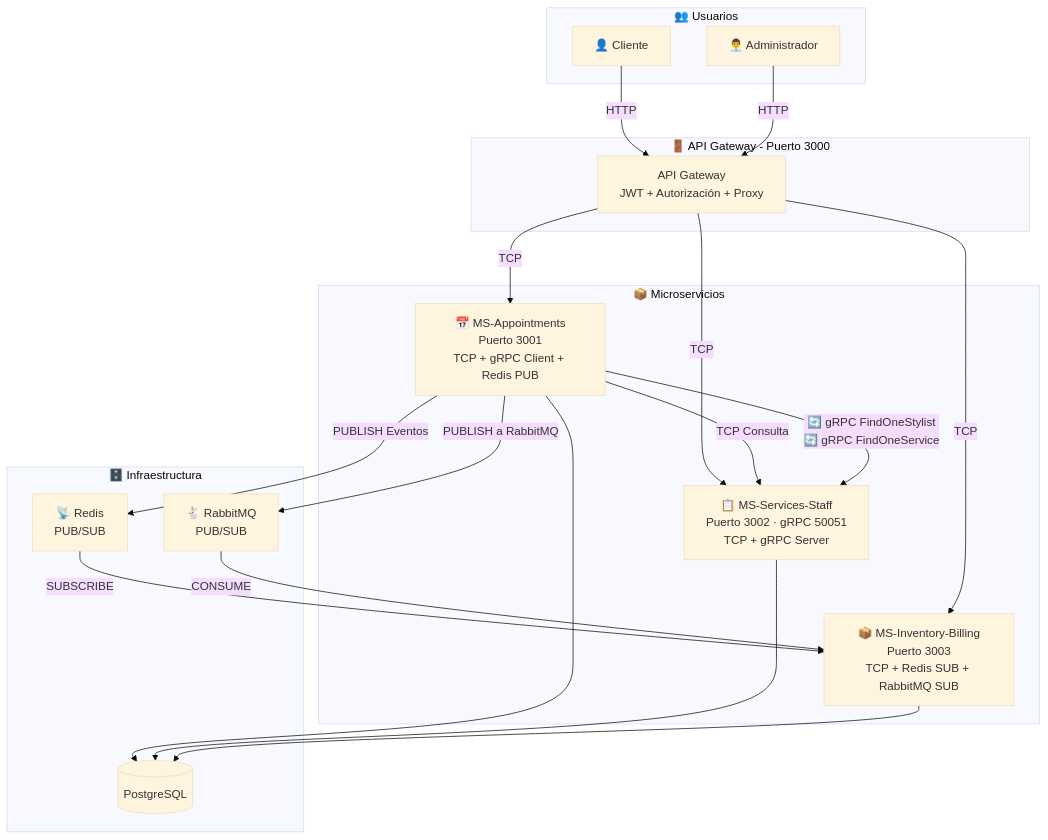
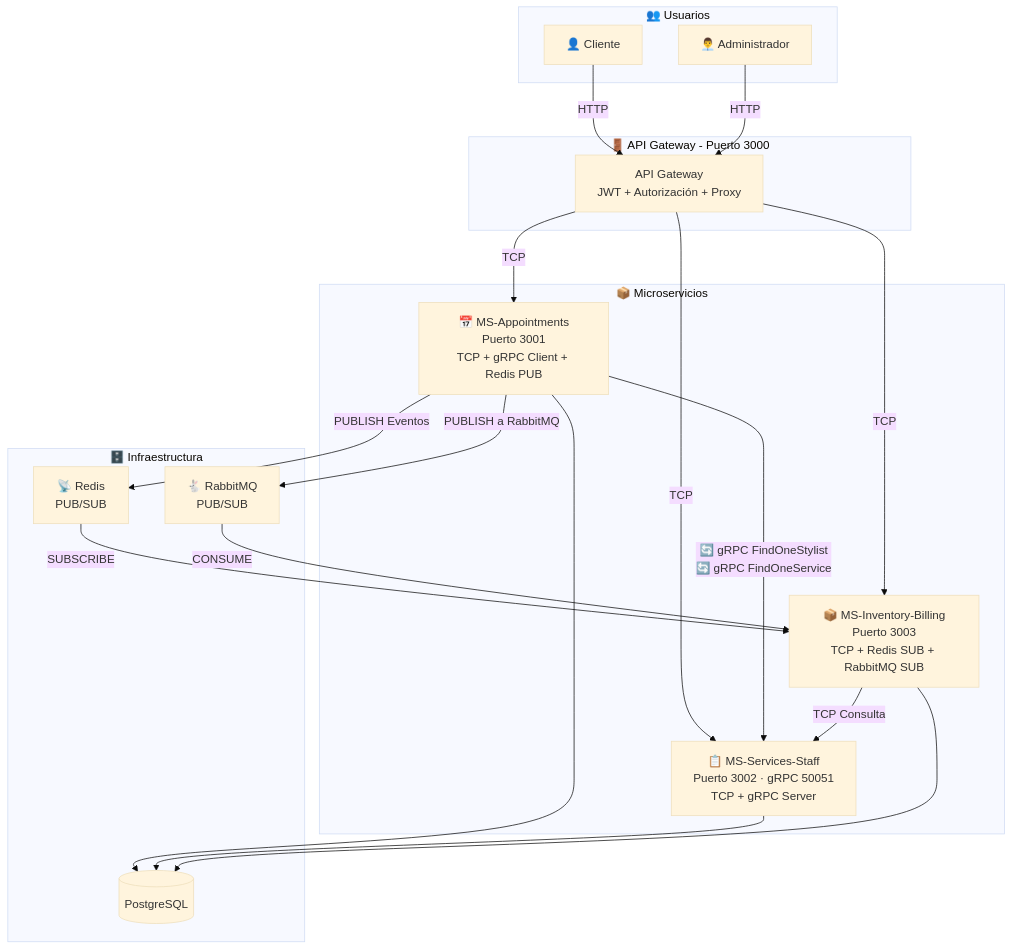
Before and after one commit to AlexDaniel593/barber-flow: the first of 2 diagrams in README.md, drawn with Mermaid (base theme).

Commit message:
docs(readme): update architecture diagram to match actual connections

````diff
--- a/README.md
+++ b/README.md
@@ -115,42 +115,43 @@
 ```mermaid
 graph TB
     subgraph "👥 Usuarios"
         C[👤 Cliente]
         A[👨‍💼 Administrador]
     end
 
     subgraph "🚪 API Gateway - Puerto 3000"
         G[API Gateway<br/>JWT + Autorización + Proxy]
     end
 
     subgraph "📦 Microservicios"
         MS1[📅 MS-Appointments<br/>Puerto 3001<br/>TCP + gRPC Client + Redis PUB]
         MS2[📋 MS-Services-Staff<br/>Puerto 3002 · gRPC 50051<br/>TCP + gRPC Server]
         MS3[📦 MS-Inventory-Billing<br/>Puerto 3003<br/>TCP + Redis SUB + RabbitMQ SUB]
     end
 
     subgraph "🗄️ Infraestructura"
         DB[(PostgreSQL)]
         R[📡 Redis<br/>PUB/SUB]
         MQ[🐇 RabbitMQ<br/>PUB/SUB]
     end
 
     C -->|HTTP| G
     A -->|HTTP| G
     
     G -->|TCP| MS1
     G -->|TCP| MS2
     G -->|TCP| MS3
     
-    MS1 -->|TCP Consulta| MS2
     MS1 -->|🔄 gRPC FindOneStylist<br/>🔄 gRPC FindOneService| MS2
     MS1 -->|PUBLISH Eventos| R
     R -->|SUBSCRIBE| MS3
     
     MS1 -->|PUBLISH a RabbitMQ| MQ
     MQ -->|CONSUME| MS3
+
+    MS3 -->|TCP Consulta| MS2
     
     MS1 --> DB
     MS2 --> DB
     MS3 --> DB
 ```
````
